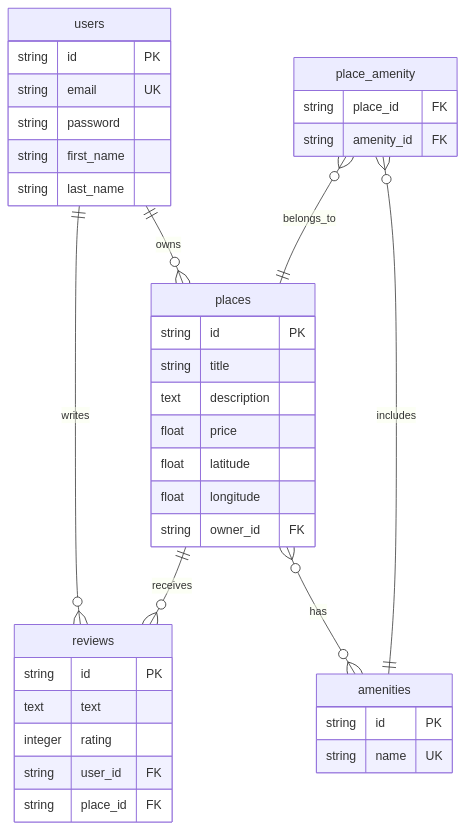
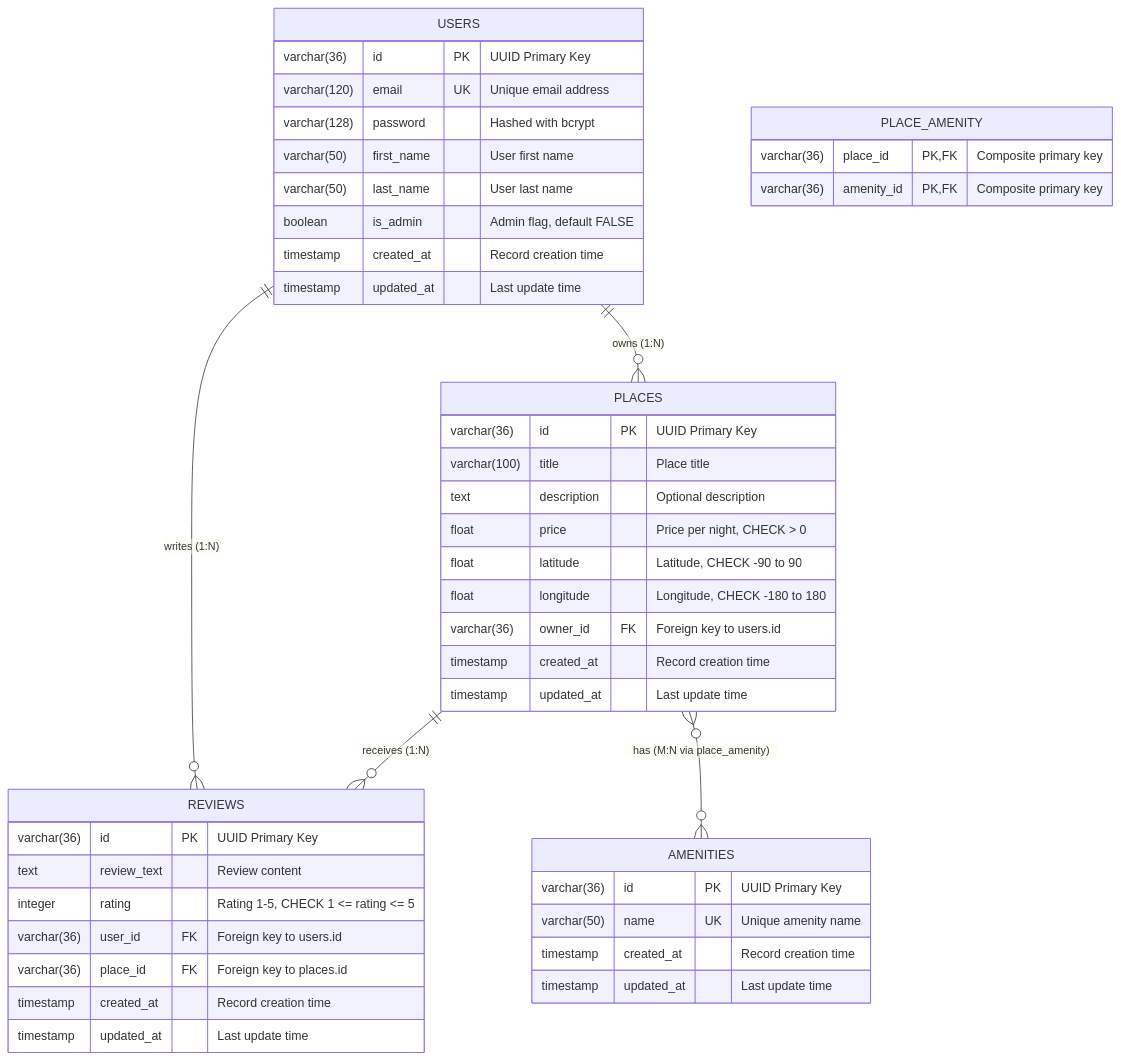
Before and after one commit to nawfel83/holbertonschool-hbnb: the diagram in part 3/database_diagram.md, drawn with Mermaid. The commit also changed other lines of this file, not shown here.

Commit message:
Update database diagram: enhance user, place, review, and amenity models with timestamps, is_admin flag, and improved constraints

````diff
--- a/part 3/database_diagram.md
+++ b/part 3/database_diagram.md
@@ -5,45 +5,53 @@
 ```mermaid
 erDiagram
-    users {
-        string id PK
-        string email UK
-        string password
-        string first_name
-        string last_name
+    USERS {
+        varchar(36) id PK "UUID Primary Key"
+        varchar(120) email UK "Unique email address"
+        varchar(128) password "Hashed with bcrypt"
+        varchar(50) first_name "User first name"
+        varchar(50) last_name "User last name"
+        boolean is_admin "Admin flag, default FALSE"
+        timestamp created_at "Record creation time"
+        timestamp updated_at "Last update time"
     }
     
-    places {
-        string id PK
-        string title
-        text description
-        float price
-        float latitude
-        float longitude
-        string owner_id FK
+    PLACES {
+        varchar(36) id PK "UUID Primary Key"
+        varchar(100) title "Place title"
+        text description "Optional description"
+        float price "Price per night, CHECK > 0"
+        float latitude "Latitude, CHECK -90 to 90"
+        float longitude "Longitude, CHECK -180 to 180"
+        varchar(36) owner_id FK "Foreign key to users.id"
+        timestamp created_at "Record creation time"
+        timestamp updated_at "Last update time"
     }
     
-    reviews {
-        string id PK
-        text text
-        integer rating
-        string user_id FK
-        string place_id FK
+    REVIEWS {
+        varchar(36) id PK "UUID Primary Key"
+        text review_text "Review content"
+        integer rating "Rating 1-5, CHECK 1 <= rating <= 5"
+        varchar(36) user_id FK "Foreign key to users.id"
+        varchar(36) place_id FK "Foreign key to places.id"
+        timestamp created_at "Record creation time"
+        timestamp updated_at "Last update time"
     }
     
-    amenities {
-        string id PK
-        string name UK
+    AMENITIES {
+        varchar(36) id PK "UUID Primary Key"
+        varchar(50) name UK "Unique amenity name"
+        timestamp created_at "Record creation time"
+        timestamp updated_at "Last update time"
     }
     
-    place_amenity {
-        string place_id FK
-        string amenity_id FK
+    PLACE_AMENITY {
+        varchar(36) place_id PK,FK "Composite primary key"
+        varchar(36) amenity_id PK,FK "Composite primary key"
     }
     
-    users ||--o{ places : owns
-    users ||--o{ reviews : writes
-    places ||--o{ reviews : receives
-    places }o--o{ amenities : has
-    place_amenity }o--|| places : belongs_to
-    place_amenity }o--|| amenities : includes
+    %% Relations
+    USERS ||--o{ PLACES : "owns (1:N)"
+    USERS ||--o{ REVIEWS : "writes (1:N)"
+    PLACES ||--o{ REVIEWS : "receives (1:N)"
+    PLACES }o--o{ AMENITIES : "has (M:N via place_amenity)"
 ```
````
